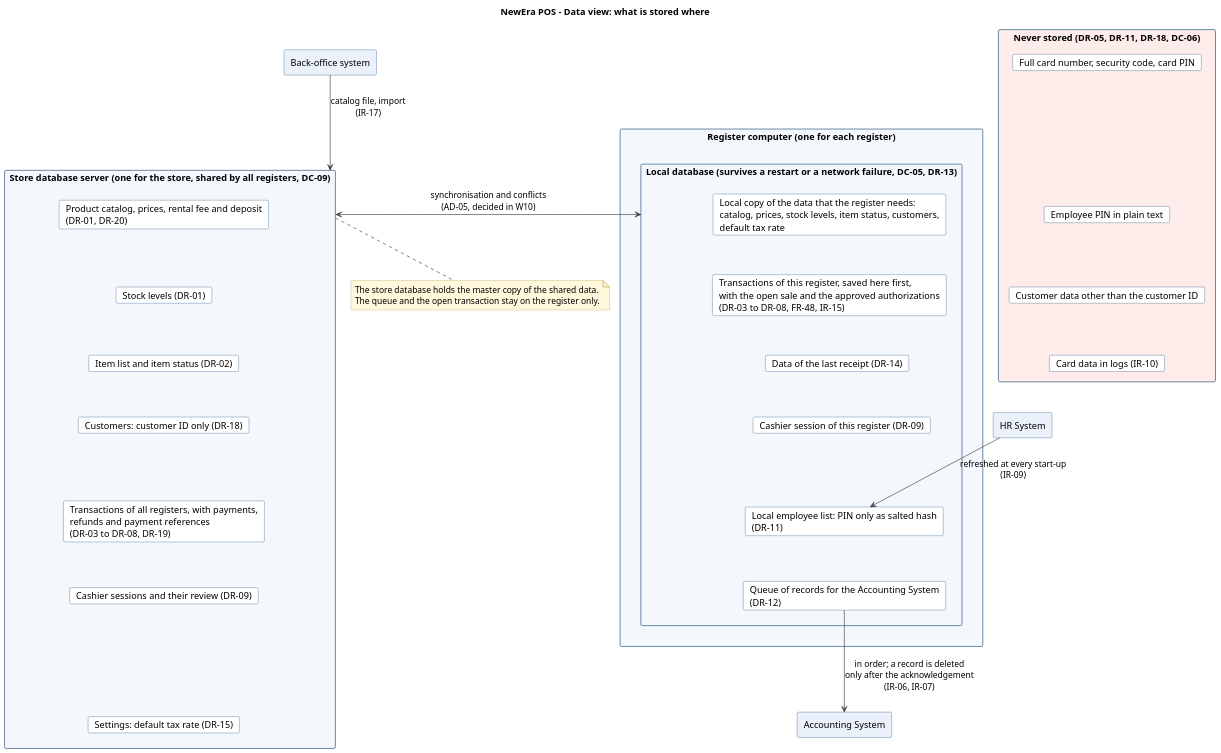
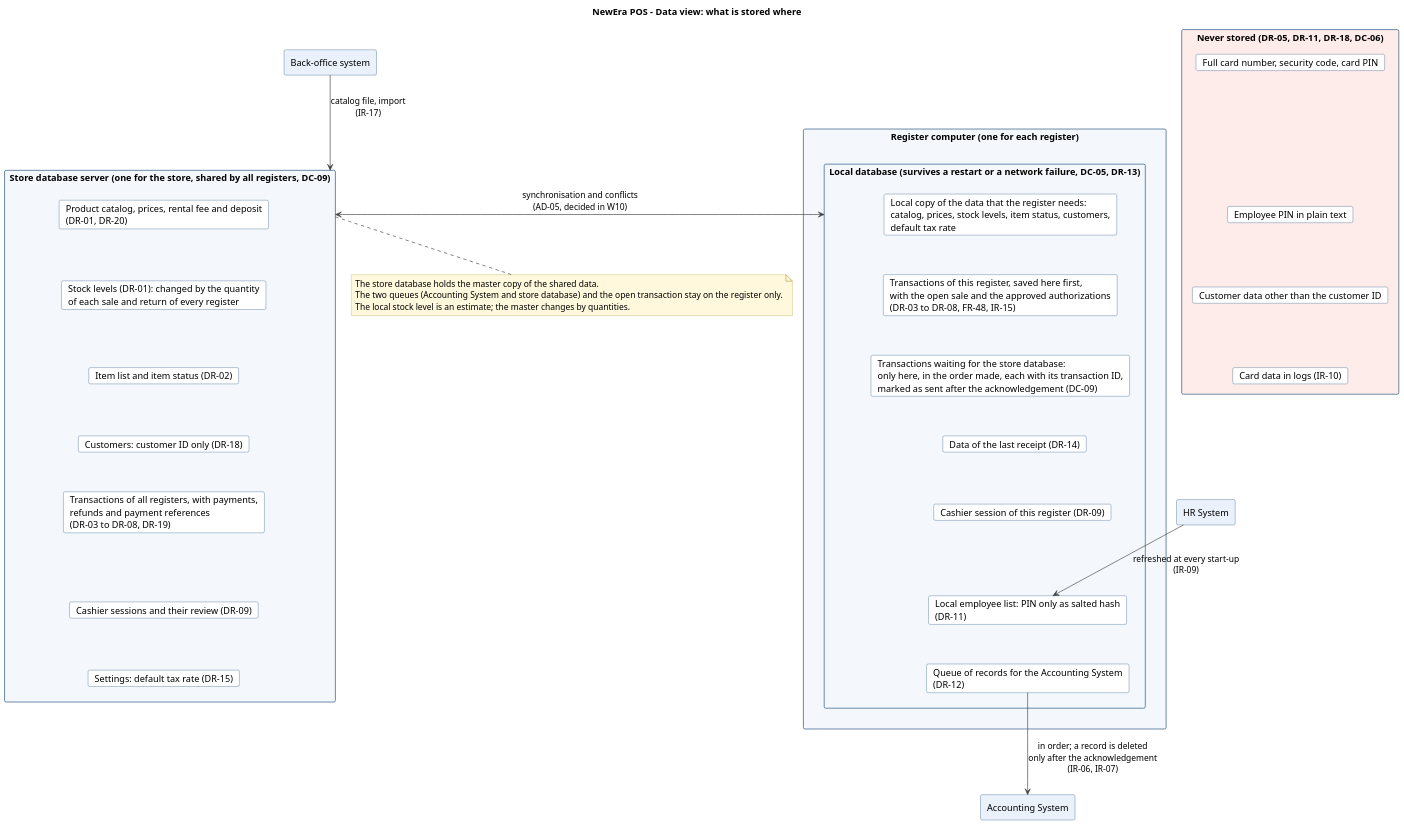
Before and after one commit to bhsei/26D: the diagram in assets/architecture_data.puml, drawn with PlantUML. The commit also changed 2 other files, not shown here.

Commit message:
W9 - Architecture; data view revised: stock changed by quantities, list of transactions waiting for the store database (#52, comments 1 and 2)

```diff
--- a/assets/architecture_data.puml
+++ b/assets/architecture_data.puml
@@ -1,77 +1,80 @@
 @startuml
 ' NewEra POS - Data view: where the data is stored, W09
 ' Team D - editable source of assets/architecture_data.png
 ' Render with: java -jar plantuml.jar -tpng assets/architecture_data.puml
 ' Sources: SRS section 3.5 (DR-01 to DR-20), DC-05, DC-06, DC-09, IR-06, IR-07, IR-09, IR-17.
 
 skinparam shadowing false
 skinparam dpi 130
 skinparam defaultFontName Arial
 skinparam ArrowColor #444444
 skinparam RectangleBorderColor #1F4E79
 skinparam RectangleBackgroundColor #F4F8FD
 skinparam CardBorderColor #1F4E79
 skinparam CardBackgroundColor #FFFFFF
 skinparam DatabaseBorderColor #1F4E79
 skinparam NoteBackgroundColor #FFF8DC
 skinparam NoteBorderColor #B8A04A
 
 
 title NewEra POS - Data view: what is stored where
 
 rectangle "Store database server (one for the store, shared by all registers, DC-09)" as SDB {
   card "Product catalog, prices, rental fee and deposit\n(DR-01, DR-20)" as S1
-  card "Stock levels (DR-01)" as S2
+  card "Stock levels (DR-01): changed by the quantity\nof each sale and return of every register" as S2
   card "Item list and item status (DR-02)" as S3
   card "Customers: customer ID only (DR-18)" as S4
   card "Transactions of all registers, with payments,\nrefunds and payment references\n(DR-03 to DR-08, DR-19)" as S5
   card "Cashier sessions and their review (DR-09)" as S6
   card "Settings: default tax rate (DR-15)" as S7
 }
 
 rectangle "Register computer (one for each register)" as REG {
   rectangle "Local database (survives a restart or a network failure, DC-05, DR-13)" as LDB {
     card "Local copy of the data that the register needs:\ncatalog, prices, stock levels, item status, customers,\ndefault tax rate" as L1
     card "Transactions of this register, saved here first,\nwith the open sale and the approved authorizations\n(DR-03 to DR-08, FR-48, IR-15)" as L2
+    card "Transactions waiting for the store database:\nonly here, in the order made, each with its transaction ID,\nmarked as sent after the acknowledgement (DC-09)" as L7
     card "Data of the last receipt (DR-14)" as L3
     card "Cashier session of this register (DR-09)" as L4
     card "Local employee list: PIN only as salted hash\n(DR-11)" as L5
     card "Queue of records for the Accounting System\n(DR-12)" as L6
   }
 }
 
 rectangle "Never stored (DR-05, DR-11, DR-18, DC-06)" as NEVER #FDECEA {
   card "Full card number, security code, card PIN" as N1
   card "Employee PIN in plain text" as N2
   card "Customer data other than the customer ID" as N3
   card "Card data in logs (IR-10)" as N4
 }
 
 rectangle "Accounting System" as ACC #EAF1FB
 rectangle "HR System" as HR #EAF1FB
 rectangle "Back-office system" as BO #EAF1FB
 
 S1 -[hidden]down- S2
 S2 -[hidden]down- S3
 S3 -[hidden]down- S4
 S4 -[hidden]down- S5
 S5 -[hidden]down- S6
 S6 -[hidden]down- S7
 L1 -[hidden]down- L2
-L2 -[hidden]down- L3
+L2 -[hidden]down- L7
+L7 -[hidden]down- L3
 L3 -[hidden]down- L4
 L4 -[hidden]down- L5
 L5 -[hidden]down- L6
 N1 -[hidden]down- N2
 N2 -[hidden]down- N3
 N3 -[hidden]down- N4
 SDB <-right-> LDB : synchronisation and conflicts\n(AD-05, decided in W10)
 L6 --> ACC : in order; a record is deleted\nonly after the acknowledgement\n(IR-06, IR-07)
 HR --> L5 : refreshed at every start-up\n(IR-09)
 BO --> SDB : catalog file, import\n(IR-17)
 
 note bottom of SDB
   The store database holds the master copy of the shared data.
-  The queue and the open transaction stay on the register only.
+  The two queues (Accounting System and store database) and the open transaction stay on the register only.
+  The local stock level is an estimate; the master changes by quantities.
 end note
 @enduml
```
